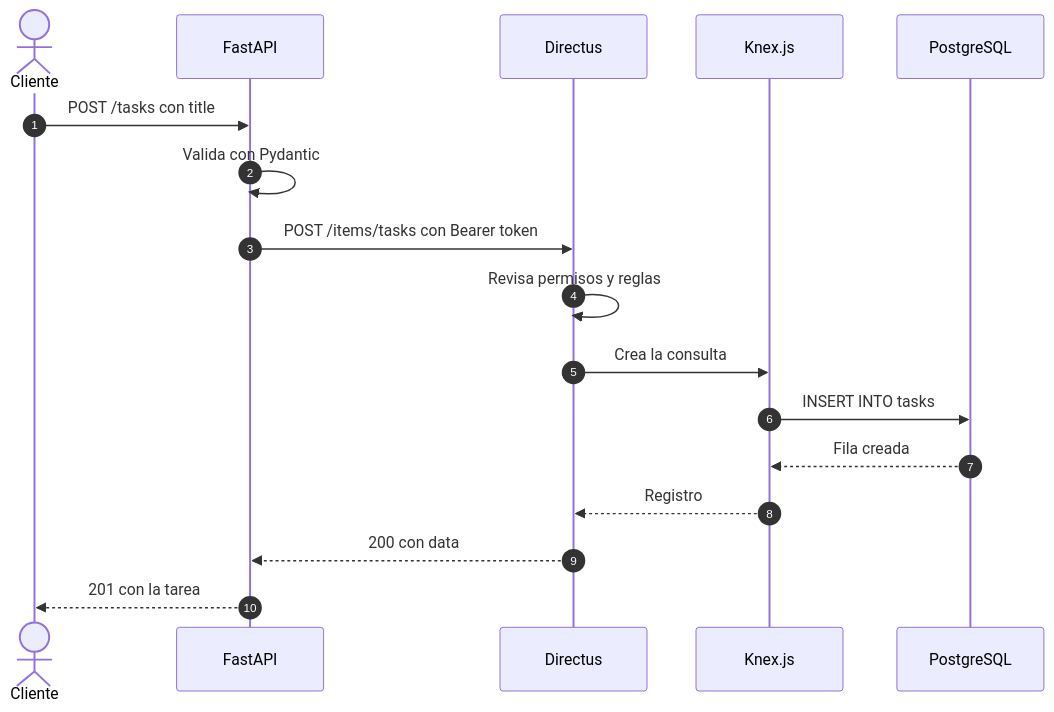
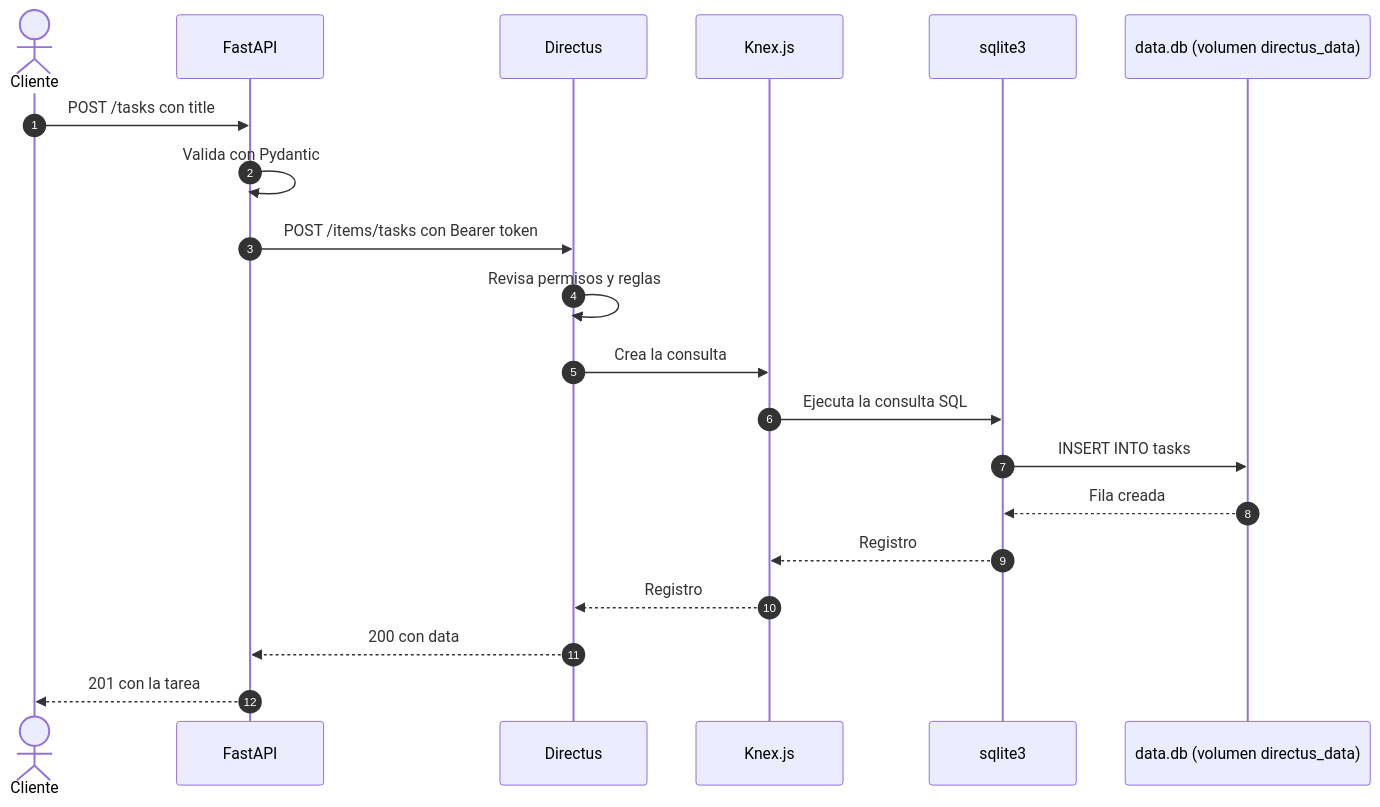
One commit to Capstone-2026-DISC/directus-fastapi-demo changed the second of 4 diagrams in README.md. Above: the diagram before and after it, drawn with Mermaid. The commit also changed other lines of this file and 1 other file, not shown here.

Commit message:
docs: explain sqlite backend and database inspection

````diff
--- a/README.md
+++ b/README.md
@@ -55,20 +59,23 @@
 ```mermaid
 sequenceDiagram
     autonumber
     actor C as Cliente
     participant F as FastAPI
     participant D as Directus
     participant K as Knex.js
-    participant P as PostgreSQL
+    participant S as sqlite3
+    participant B as data.db (volumen directus_data)
 
     C->>F: POST /tasks con title
     F->>F: Valida con Pydantic
     F->>D: POST /items/tasks con Bearer token
     D->>D: Revisa permisos y reglas
     D->>K: Crea la consulta
-    K->>P: INSERT INTO tasks
-    P-->>K: Fila creada
+    K->>S: Ejecuta la consulta SQL
+    S->>B: INSERT INTO tasks
+    B-->>S: Fila creada
+    S-->>K: Registro
     K-->>D: Registro
     D-->>F: 200 con data
     F-->>C: 201 con la tarea
 ```
````
